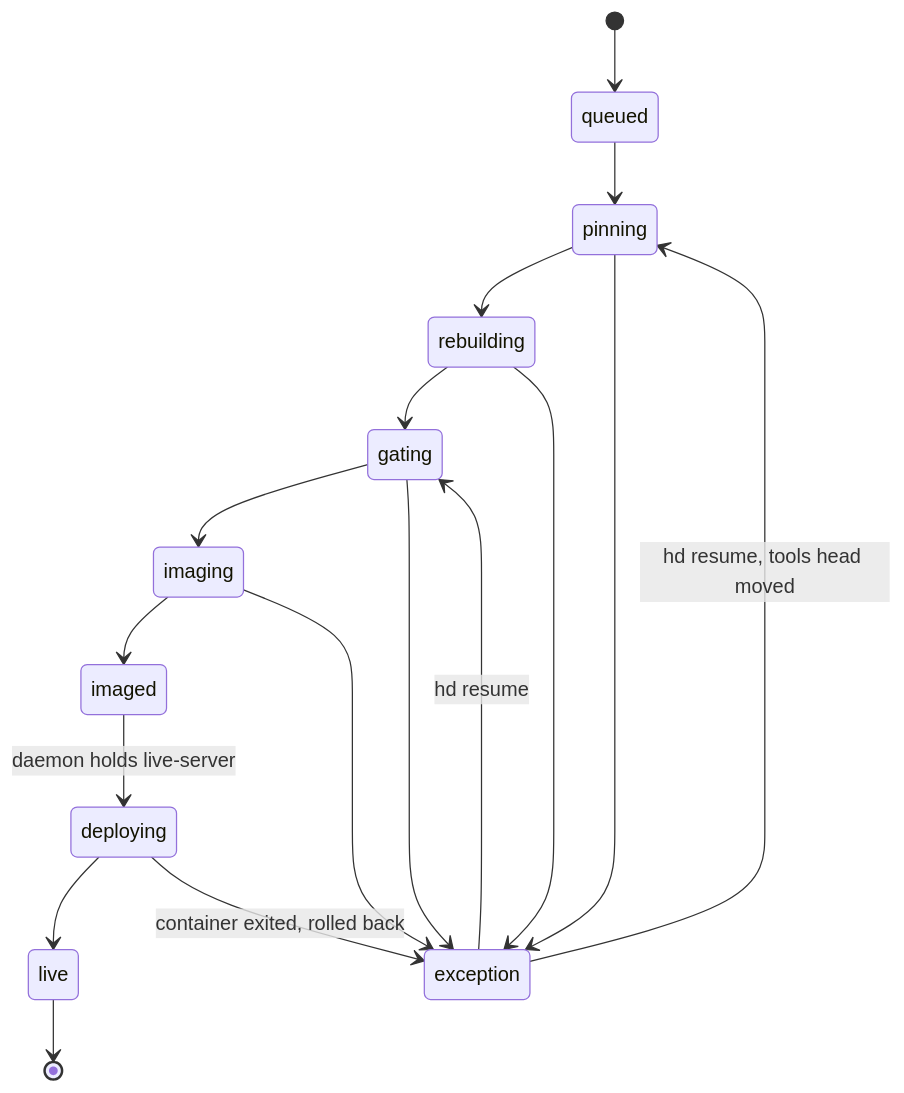
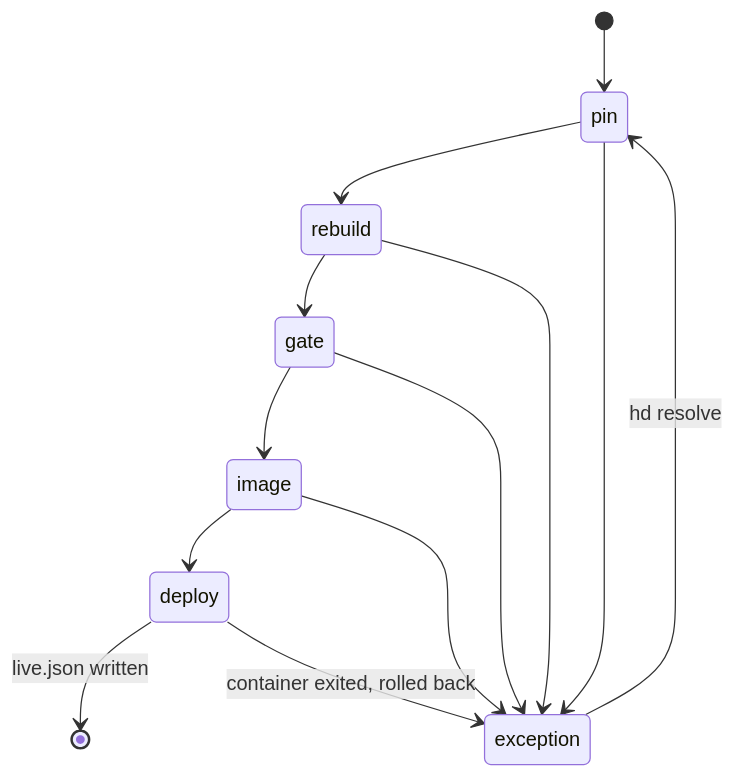
Before and after one commit to AlexPerrin/osrs-harness: the sixth of 6 diagrams in docs/ARCHITECTURE.md, drawn with Mermaid. The commit also changed other lines of this file and 3 other files, not shown here.

Commit message:
docs: v7 source docs (PROBLEM, PRD, ARCHITECTURE) and the build proposal

````diff
--- a/docs/ARCHITECTURE.md
+++ b/docs/ARCHITECTURE.md
@@ -322,19 +222,15 @@
 ```mermaid
 stateDiagram-v2
-  [*] --> queued
-  queued --> pinning
-  pinning --> rebuilding
-  rebuilding --> gating
-  gating --> imaging
-  imaging --> imaged
-  imaged --> deploying: daemon holds live-server
-  deploying --> live
-  pinning --> exception
-  rebuilding --> exception
-  gating --> exception
-  imaging --> exception
-  deploying --> exception: container exited, rolled back
-  exception --> pinning: hd resume, tools head moved
-  exception --> gating: hd resume
-  live --> [*]
+  [*] --> pin
+  pin --> rebuild
+  rebuild --> gate
+  gate --> image
+  image --> deploy
+  deploy --> [*]: live.json written
+  pin --> exception
+  rebuild --> exception
+  gate --> exception
+  image --> exception
+  deploy --> exception: container exited, rolled back
+  exception --> pin: hd resolve
 ```
````
